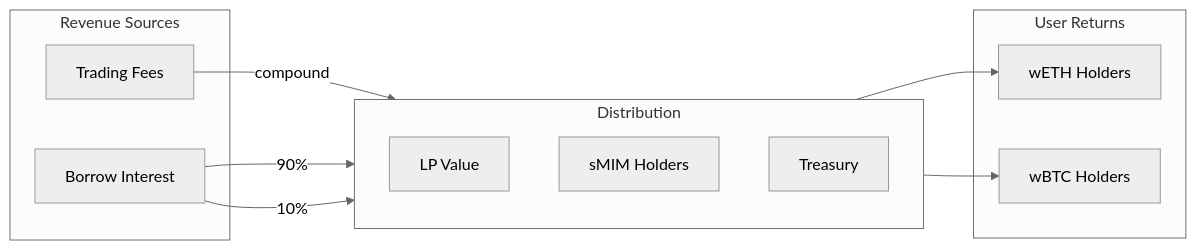
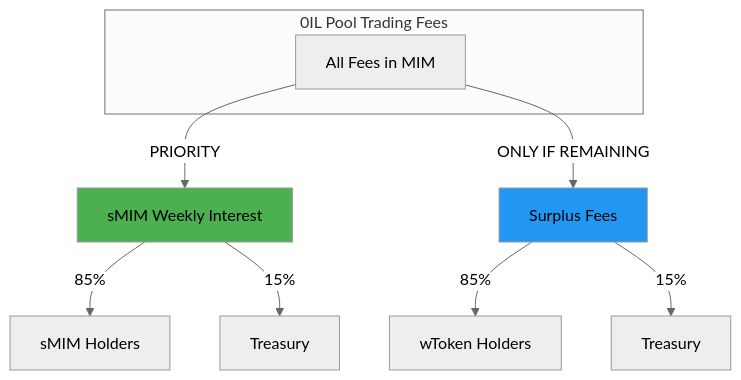
The eighth of 10 diagrams in 0IL/diagrams/architecture.md (0xWhereto/wagmiV2---experimental), drawn with Mermaid (neutral theme) before and after one commit. The commit also changed other lines of this file and 4 other files, not shown here.

````diff
--- a/0IL/diagrams/architecture.md
+++ b/0IL/diagrams/architecture.md
@@ -238,19 +270,19 @@
 ```mermaid
-flowchart LR
-    subgraph Revenue Sources
-        TF[Trading Fees]
-        BI[Borrow Interest]
+flowchart TB
+    subgraph "0IL Pool Trading Fees"
+        TF[All Fees in MIM]
     end
     
-    subgraph Distribution
-        direction TB
-        TF -->|compound| LP[LP Value]
-        BI -->|90%| sMIM[sMIM Holders]
-        BI -->|10%| TR[Treasury]
-    end
+    TF -->|PRIORITY| sMIM_INT[sMIM Weekly Interest]
     
-    subgraph User Returns
-        LP --> wETH[wETH Holders]
-        LP --> wBTC[wBTC Holders]
-    end
+    sMIM_INT -->|85%| sMIM_HOLDERS[sMIM Holders]
+    sMIM_INT -->|15%| TR1[Treasury]
+    
+    TF -->|ONLY IF REMAINING| SURPLUS[Surplus Fees]
+    
+    SURPLUS -->|85%| wTOKEN[wToken Holders]
+    SURPLUS -->|15%| TR2[Treasury]
+    
+    style sMIM_INT fill:#4CAF50
+    style SURPLUS fill:#2196F3
 ```
````
